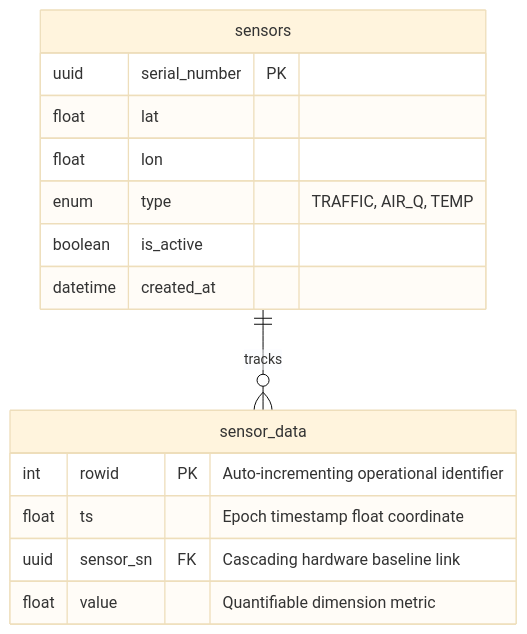
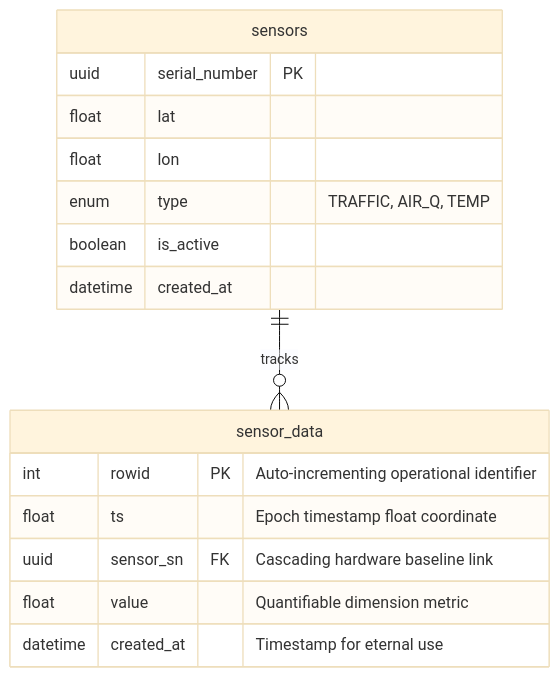
One commit to Upcomer2077/SmartCity changed the second of 2 diagrams in docs/03_data_models/ER_diagram.md. Above: the diagram before and after it, drawn with Mermaid (base theme). The commit also changed 4 other files, not shown here.

Commit message:
docs: db & proto schema update. formatting fix

````diff
--- a/docs/03_data_models/ER_diagram.md
+++ b/docs/03_data_models/ER_diagram.md
@@ -117,20 +117,21 @@
 ```mermaid
 erDiagram
     sensors ||--o{ sensor_data : "tracks"
 
     sensors {
         uuid serial_number PK
         float lat
         float lon
         enum type "TRAFFIC, AIR_Q, TEMP"
         boolean is_active
         datetime created_at
     }
 
     sensor_data {
         int rowid PK "Auto-incrementing operational identifier"
         float ts "Epoch timestamp float coordinate"
         uuid sensor_sn FK "Cascading hardware baseline link"
         float value "Quantifiable dimension metric"
+        datetime created_at "Timestamp for eternal use"
     }
 ```
````
